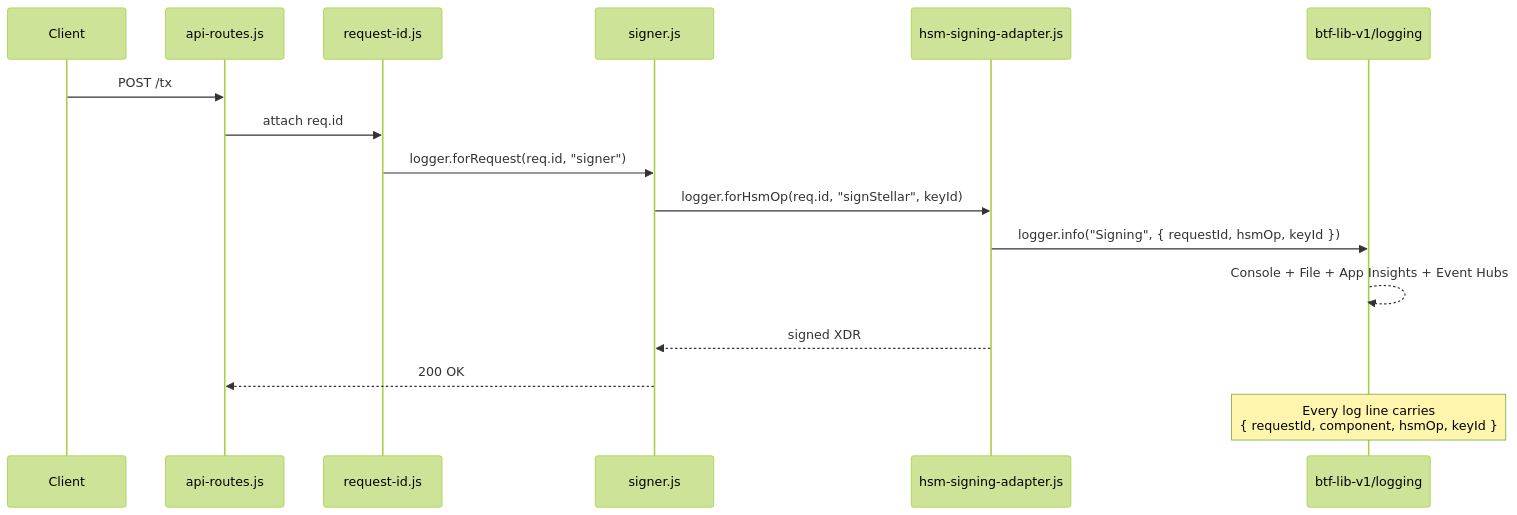
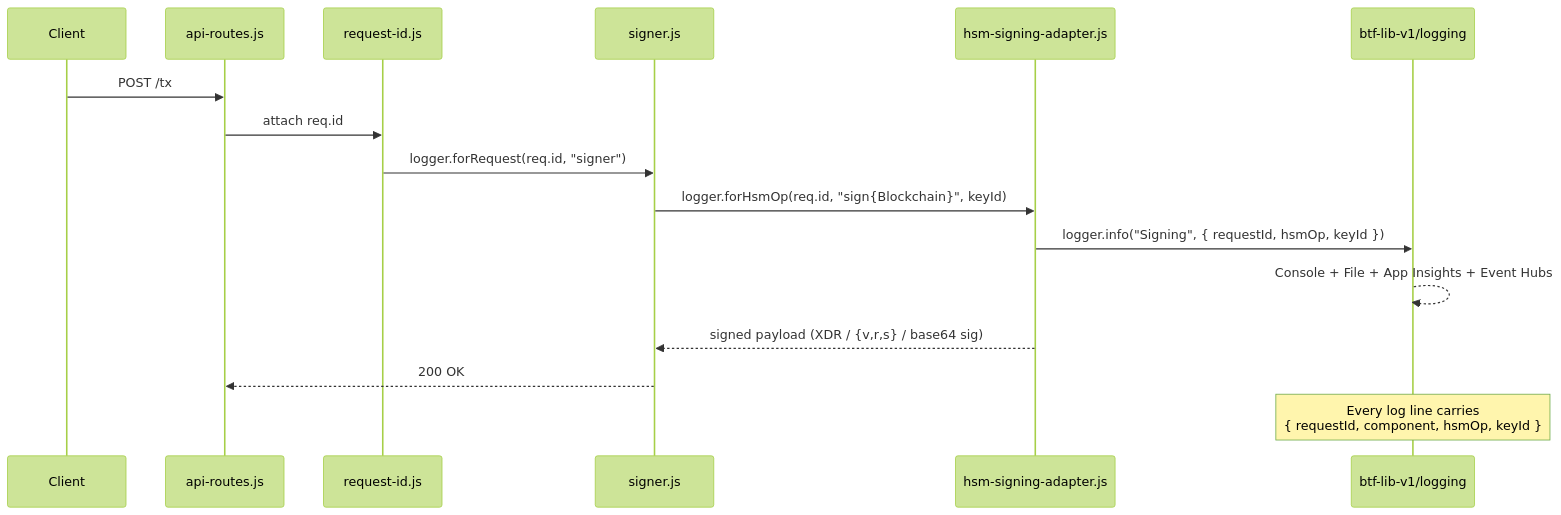
One commit to blocktimefinancial/btf-refractor changed the fourth of 9 diagrams in api/AZURE_CVM_DEPLOYMENT_PLAN.md. Above: the diagram before and after it, drawn with Mermaid (forest theme). The commit also changed other lines of this file and 7 other files, not shown here.

````diff
--- a/api/AZURE_CVM_DEPLOYMENT_PLAN.md
+++ b/api/AZURE_CVM_DEPLOYMENT_PLAN.md
@@ -476,19 +511,19 @@
 ```mermaid
 sequenceDiagram
     participant Client
     participant API as api-routes.js
     participant MW as request-id.js
     participant Signer as signer.js
     participant HSM as hsm-signing-adapter.js
     participant Log as btf-lib-v1/logging
 
     Client->>API: POST /tx
     API->>MW: attach req.id
     MW->>Signer: logger.forRequest(req.id, "signer")
-    Signer->>HSM: logger.forHsmOp(req.id, "signStellar", keyId)
+    Signer->>HSM: logger.forHsmOp(req.id, "sign{Blockchain}", keyId)
     HSM->>Log: logger.info("Signing", { requestId, hsmOp, keyId })
     Log-->>Log: Console + File + App Insights + Event Hubs
-    HSM-->>Signer: signed XDR
+    HSM-->>Signer: signed payload (XDR / {v,r,s} / base64 sig)
     Signer-->>API: 200 OK
     Note over Log: Every log line carries<br/>{ requestId, component, hsmOp, keyId }
 ```
````
